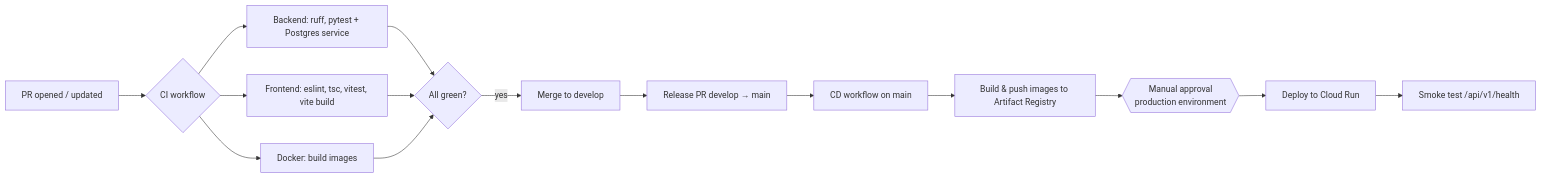
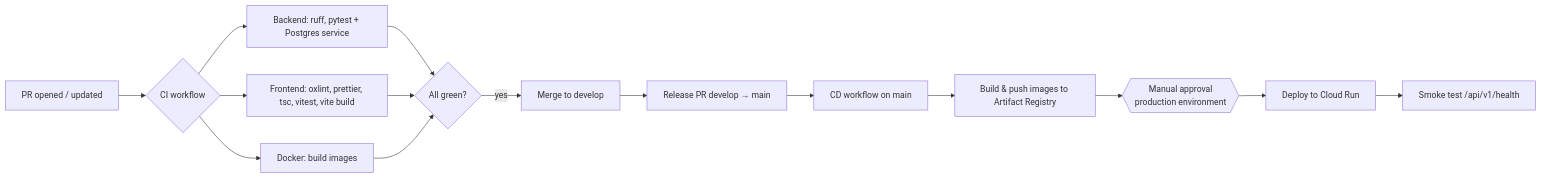
Before and after one commit to samad-k-shaik/dairycart: the diagram in docs/08-devops/ci-cd-strategy.md, drawn with Mermaid. The commit also changed other lines of this file and 28 other files, not shown here.

First line of the commit message:
chore(frontend): add Oxlint and Prettier, fix every lint finding (#52)

````diff
--- a/docs/08-devops/ci-cd-strategy.md
+++ b/docs/08-devops/ci-cd-strategy.md
@@ -7,15 +7,15 @@
 ```mermaid
 flowchart LR
     pr[PR opened / updated] --> ci{CI workflow}
     ci --> be[Backend: ruff, pytest + Postgres service]
-    ci --> fe[Frontend: eslint, tsc, vitest, vite build]
+    ci --> fe[Frontend: oxlint, prettier, tsc, vitest, vite build]
     ci --> dk[Docker: build images]
     be & fe & dk --> ok{All green?}
     ok -->|yes| merge[Merge to develop]
     merge --> rel[Release PR develop → main]
     rel --> cd[CD workflow on main]
     cd --> push[Build & push images to Artifact Registry]
     push --> appr{{Manual approval<br/>production environment}}
     appr --> deploy[Deploy to Cloud Run]
     deploy --> smoke[Smoke test /api/v1/health]
 ```
````
